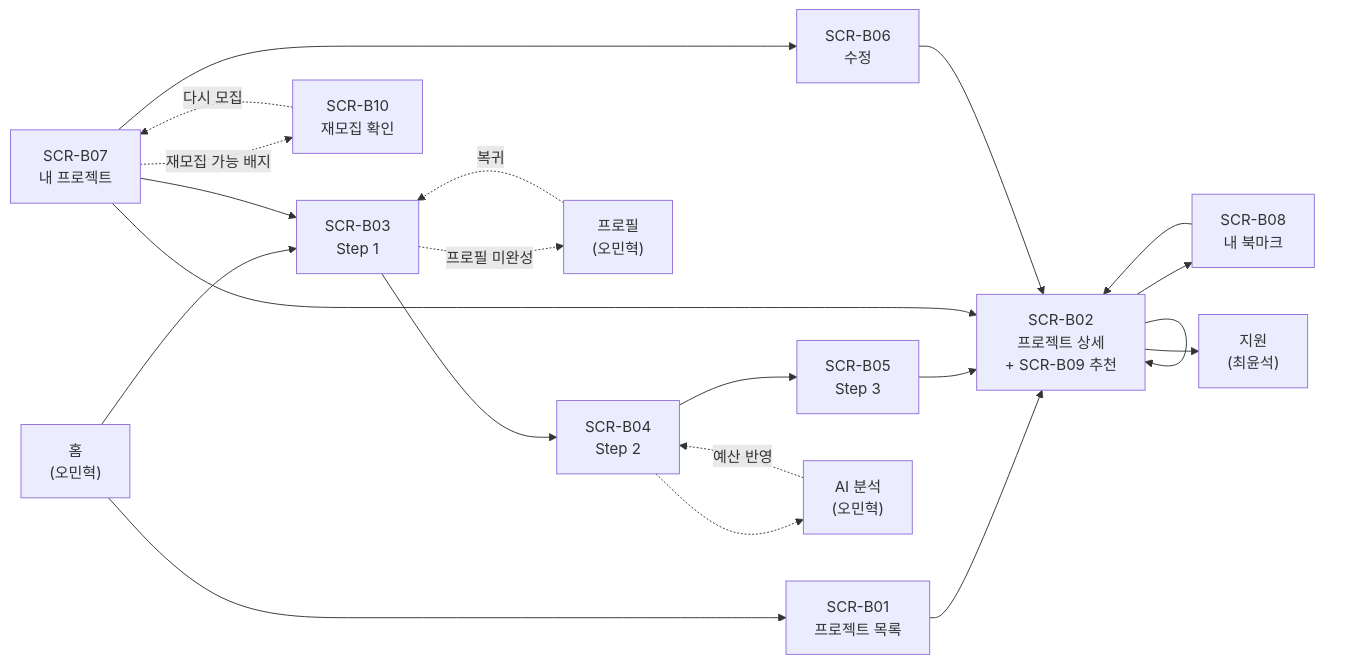
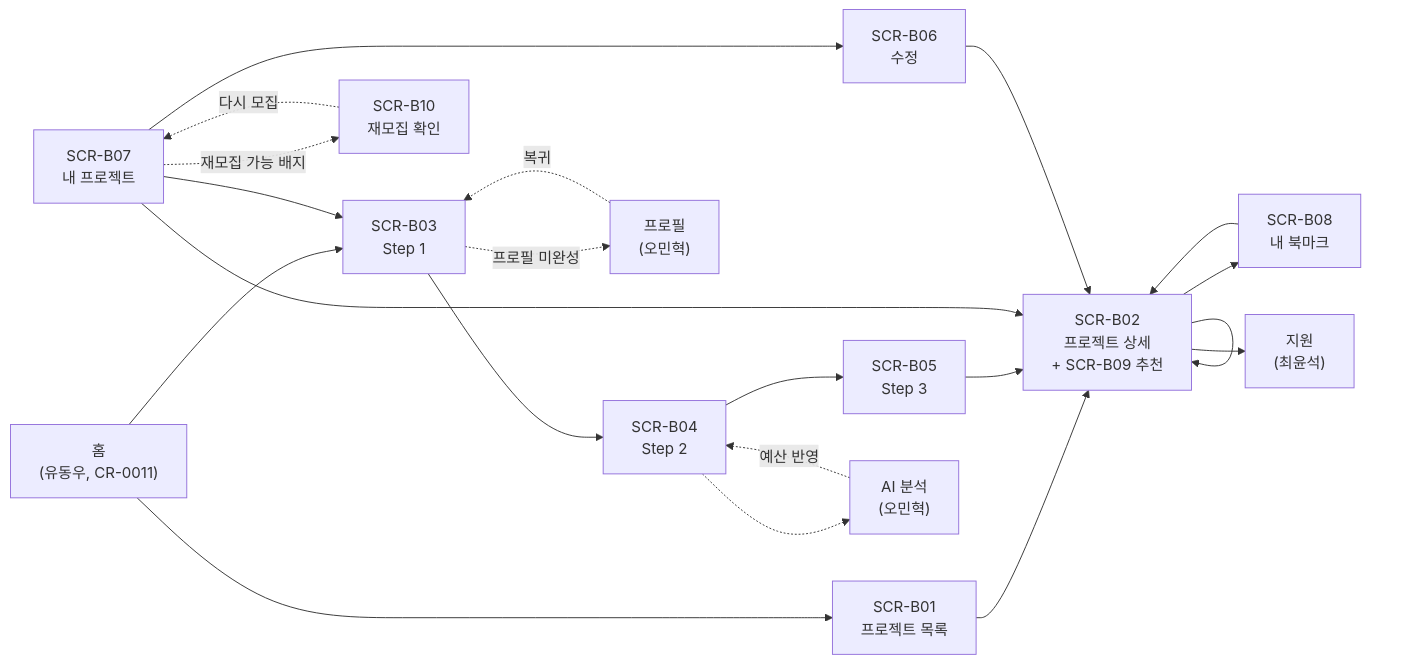
Diagram 14 of 17 in docs/domain/reference/prd-v6.4.md (Five-Eagles/PactFive), drawn with Mermaid before and after one commit. The commit also changed other lines of this file and 71 other files, not shown here.

````diff
--- a/docs/domain/reference/prd-v6.4.md
+++ b/docs/domain/reference/prd-v6.4.md
@@ -3436,30 +3437,30 @@
 ```mermaid
 flowchart LR
-    HOME["홈<br/>(오민혁)"]
+    HOME["홈<br/>(유동우, CR-0011)"]
     LIST["SCR-B01<br/>프로젝트 목록"]
     DETAIL["SCR-B02<br/>프로젝트 상세<br/>+ SCR-B09 추천"]
     S1["SCR-B03<br/>Step 1"]
     S2["SCR-B04<br/>Step 2"]
     S3["SCR-B05<br/>Step 3"]
     EDIT["SCR-B06<br/>수정"]
     MINE["SCR-B07<br/>내 프로젝트"]
     REOPEN["SCR-B10<br/>재모집 확인"]
     BM["SCR-B08<br/>내 북마크"]
     PROF["프로필<br/>(오민혁)"]
     AI["AI 분석<br/>(오민혁)"]
     APPLY["지원<br/>(최윤석)"]
 
     HOME --> LIST --> DETAIL
     HOME --> S1
     MINE --> S1
     S1 -.프로필 미완성.-> PROF -.복귀.-> S1
     S1 --> S2 --> S3 --> DETAIL
     S2 -.-> AI -.예산 반영.-> S2
     DETAIL --> APPLY
     DETAIL --> BM
     MINE -.재모집 가능 배지.-> REOPEN -.다시 모집.-> MINE
     MINE --> DETAIL
     MINE --> EDIT --> DETAIL
     BM --> DETAIL
     DETAIL --> DETAIL
 ```
````
